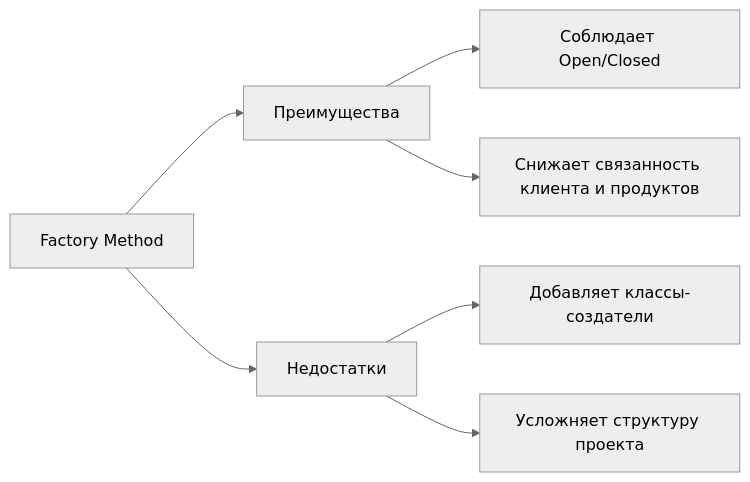
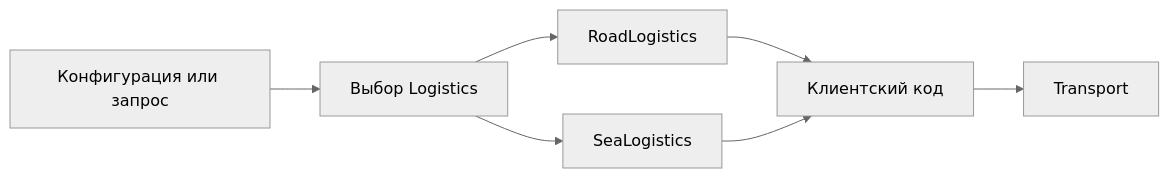
The fourth of 15 diagrams in lectures/Lec4/vitepress.md (Kert0n/KPO), drawn with Mermaid (neutral theme) before and after one commit. The commit also changed other lines of this file and 3 other files, not shown here.

````diff
--- a/lectures/Lec4/vitepress.md
+++ b/lectures/Lec4/vitepress.md
@@ -441,9 +352,9 @@
 ```mermaid
 flowchart LR
-    FM[Factory Method] --> Pros[Преимущества]
-    FM --> Cons[Недостатки]
-    Pros --> OpenClosed[Соблюдает Open/Closed]
-    Pros --> LooseCoupling[Снижает связанность клиента и продуктов]
-    Cons --> MoreClasses[Добавляет классы-создатели]
-    Cons --> Complexity[Усложняет структуру проекта]
+  Config[Конфигурация или запрос] --> Choice[Выбор Logistics]
+  Choice --> Road[RoadLogistics]
+  Choice --> Sea[SeaLogistics]
+  Road --> Service[Клиентский код]
+  Sea --> Service
+  Service --> Transport[Transport]
 ```
````
